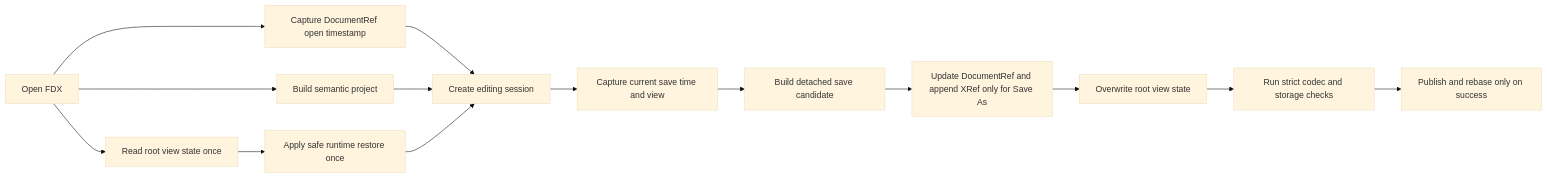
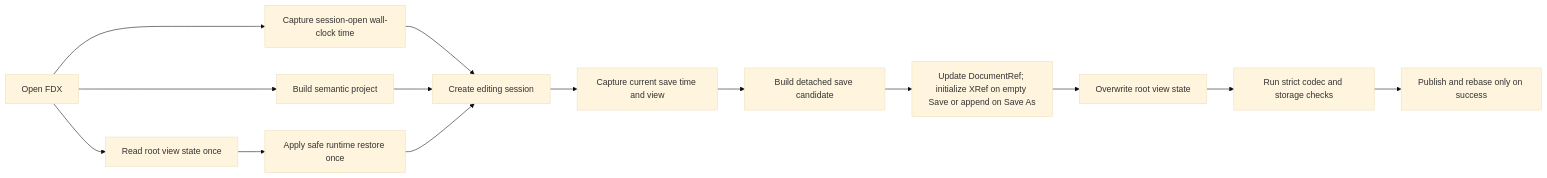
The diagram in .plan/2026-10-31-FDX-fixes/fdx-fixes-v6.md (johnwildauer/scriptcraft), drawn with Mermaid (base theme) before and after one commit. The commit also changed other lines of this file and 10 other files, not shown here.

Commit message:
Correct FDX session-open XRef lineage

````diff
--- a/.plan/2026-10-31-FDX-fixes/fdx-fixes-v6.md
+++ b/.plan/2026-10-31-FDX-fixes/fdx-fixes-v6.md
@@ -200,16 +187,16 @@
 ```mermaid
 flowchart LR
-    Open[Open FDX] --> Anchor[Capture DocumentRef open timestamp]
+    Open[Open FDX] --> Anchor[Capture session-open wall-clock time]
     Open --> View[Read root view state once]
     Open --> Project[Build semantic project]
     Anchor --> Session[Create editing session]
     Project --> Session
     View --> Restore[Apply safe runtime restore once]
     Restore --> Session
     Session --> Save[Capture current save time and view]
     Save --> Candidate[Build detached save candidate]
-    Candidate --> Lineage[Update DocumentRef and append XRef only for Save As]
+    Candidate --> Lineage[Update DocumentRef; initialize XRef on empty Save or append on Save As]
     Lineage --> Overwrite[Overwrite root view state]
     Overwrite --> Checks[Run strict codec and storage checks]
     Checks --> Publish[Publish and rebase only on success]
 ```
````
